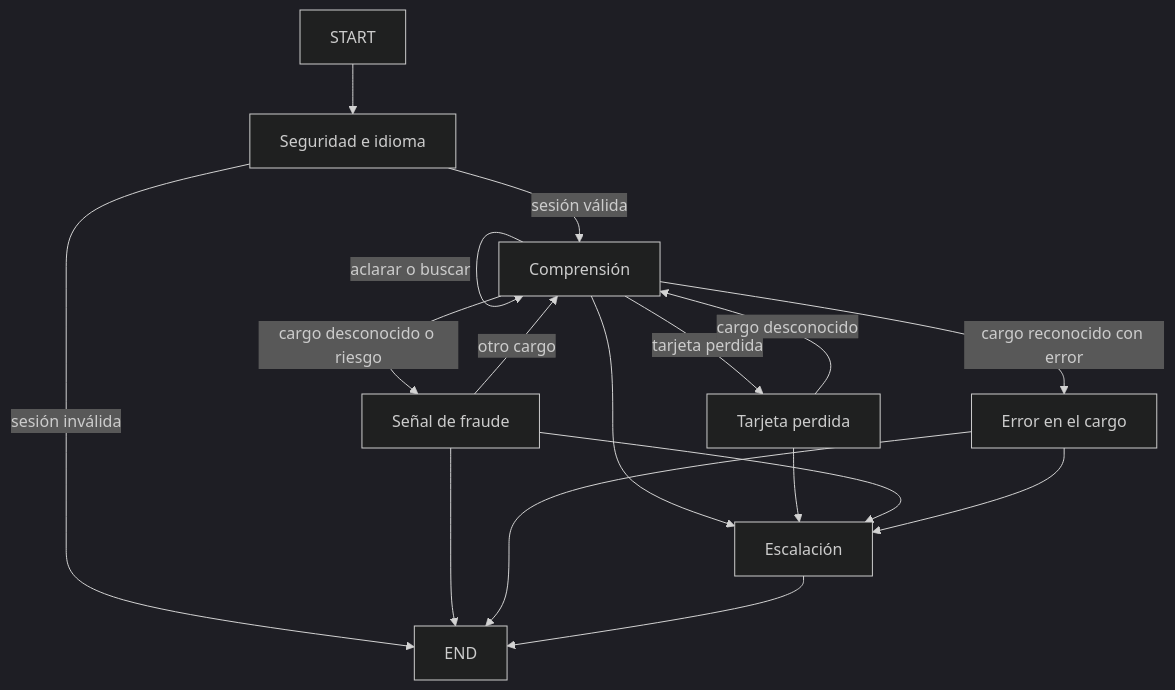
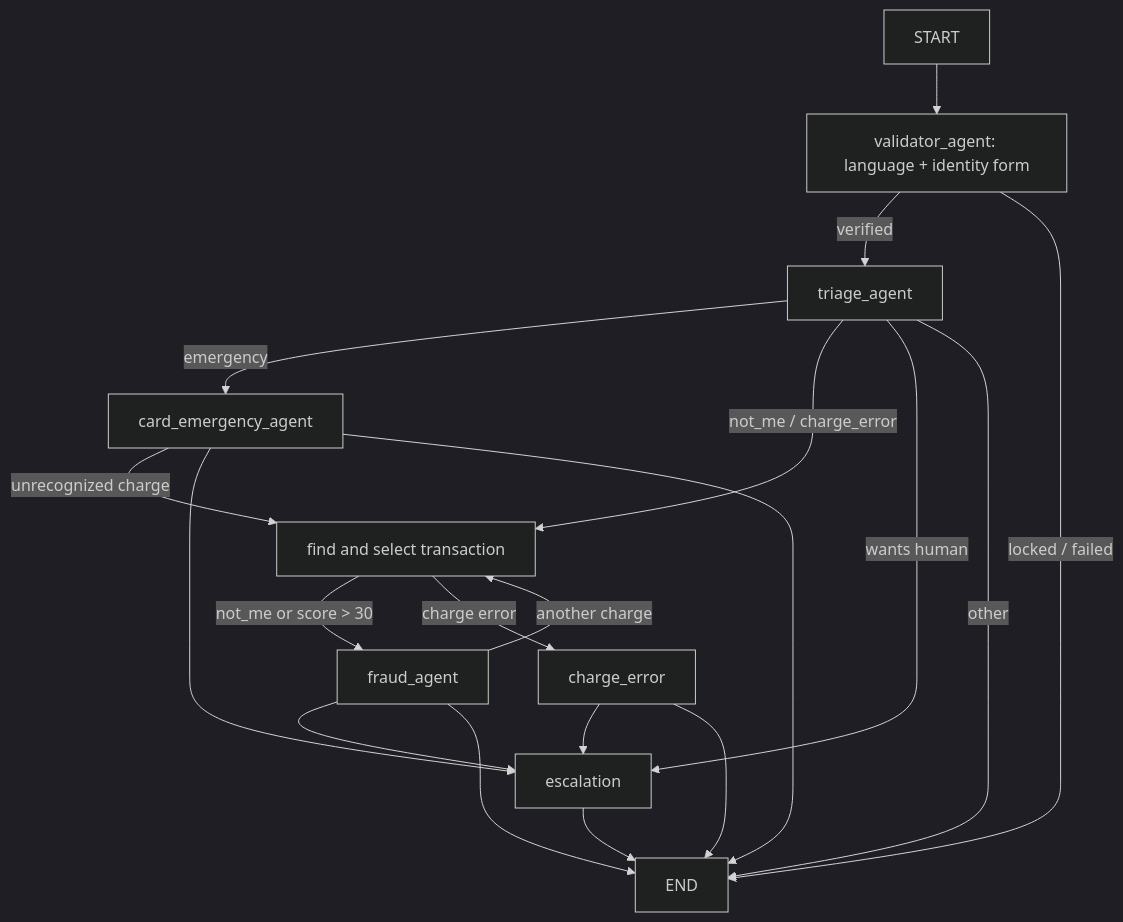
Before and after one commit to Valeriacv918/factored-hackathon-2026-epsilon-greedy: the diagram in apps/agent/README.md, drawn with Mermaid (dark theme). The commit also changed other lines of this file and 76 other files, not shown here.

````diff
--- a/apps/agent/README.md
+++ b/apps/agent/README.md
@@ -25,19 +33,21 @@
 ```mermaid
 flowchart TD
-    START --> S[Seguridad e idioma]
-    S -->|sesión válida| U[Comprensión]
-    S -->|sesión inválida| END
-    U -->|aclarar o buscar| U
-    U -->|tarjeta perdida| C[Tarjeta perdida]
-    U -->|cargo desconocido o riesgo| F[Señal de fraude]
-    U -->|cargo reconocido con error| E[Error en el cargo]
-    C -->|cargo desconocido| U
-    F -->|otro cargo| U
-    U --> H[Escalación]
+    START --> V[validator_agent: language + identity form]
+    V -->|verified| T[triage_agent]
+    V -->|locked / failed| END
+    T -->|emergency| C[card_emergency_agent]
+    T -->|not_me / charge_error| F[find and select transaction]
+    T -->|wants human| H[escalation]
+    T -->|other| END
+    F -->|not_me or score > 30| FR[fraud_agent]
+    F -->|charge error| E[charge_error]
+    C -->|unrecognized charge| F
+    FR -->|another charge| F
     C --> H
-    F --> H
+    FR --> H
     E --> H
-    F --> END
+    C --> END
+    FR --> END
     E --> END
     H --> END
 ```
````
